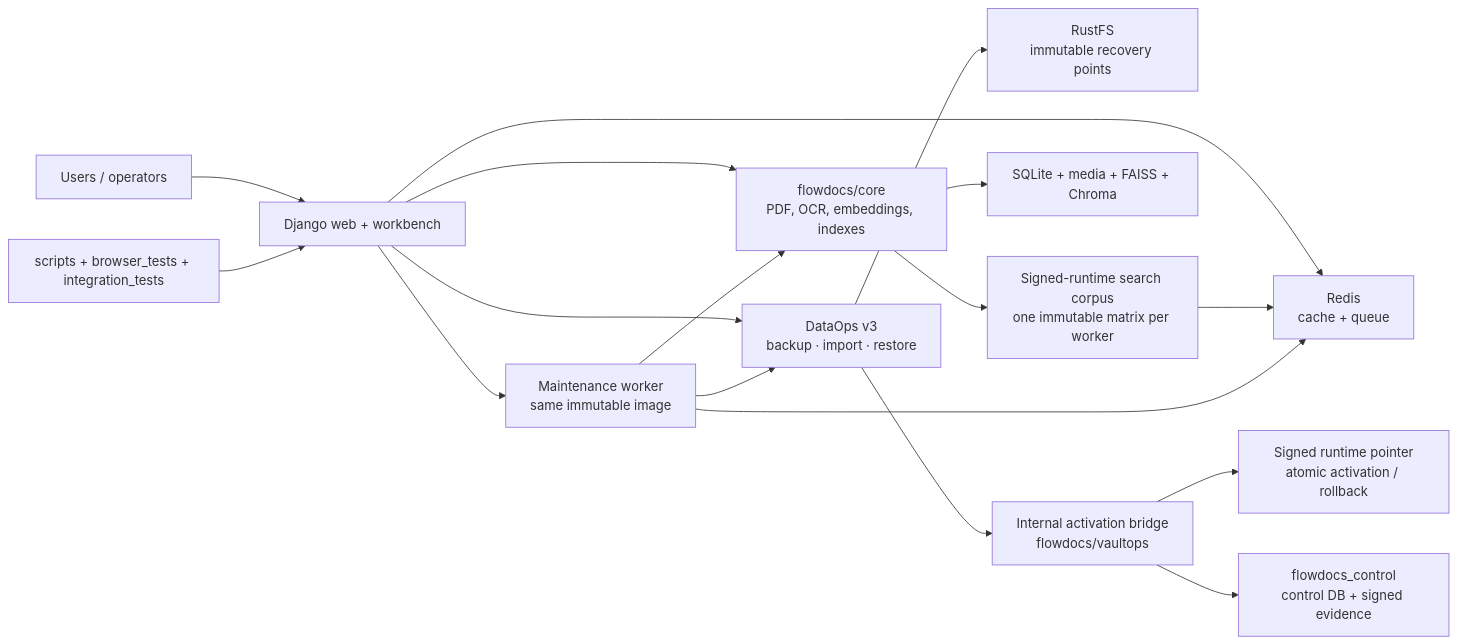
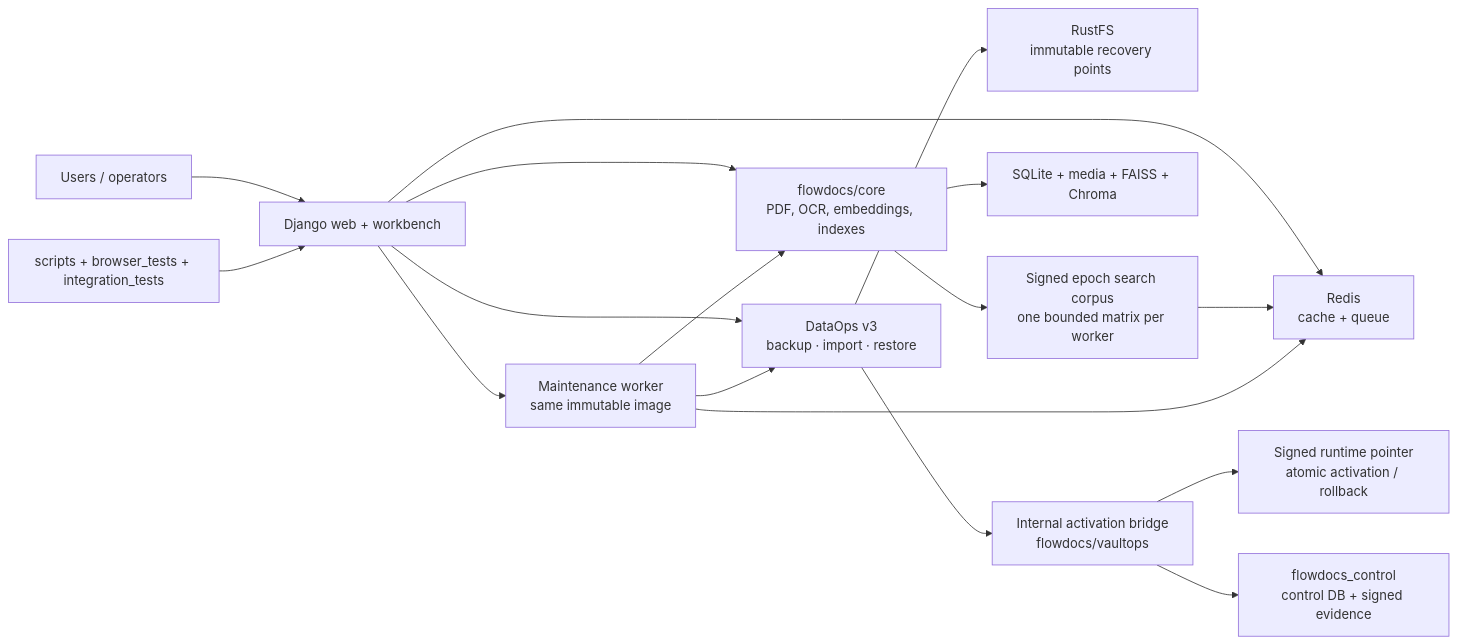
One commit to Nimble-esolutions/PdfSearch changed the diagram in README.md. Above: the diagram before and after it, drawn with Mermaid. The commit also changed other lines of this file and 6 other files, not shown here.

Commit message:
docs(search): certify bounded latency fast path

````diff
--- a/README.md
+++ b/README.md
@@ -159,19 +159,19 @@
 ```mermaid
 flowchart LR
   U["Users / operators"] --> W["Django web + workbench"]
   W --> M["Maintenance worker<br/>same immutable image"]
   W --> D["flowdocs/core<br/>PDF, OCR, embeddings, indexes"]
   M --> D
   W --> O["DataOps v3<br/>backup · import · restore"]
   M --> O
   O --> R["RustFS<br/>immutable recovery points"]
   O --> V["Internal activation bridge<br/>flowdocs/vaultops"]
   V --> P["Signed runtime pointer<br/>atomic activation / rollback"]
   D --> Q["SQLite + media + FAISS + Chroma"]
   V --> X["flowdocs_control<br/>control DB + signed evidence"]
   W --> C["Redis<br/>cache + queue"]
-  D --> H["Signed-runtime search corpus<br/>one immutable matrix per worker"]
+  D --> H["Signed epoch search corpus<br/>one bounded matrix per worker"]
   H --> C
   M --> C
   T["scripts + browser_tests + integration_tests"] --> W
 ```
````
